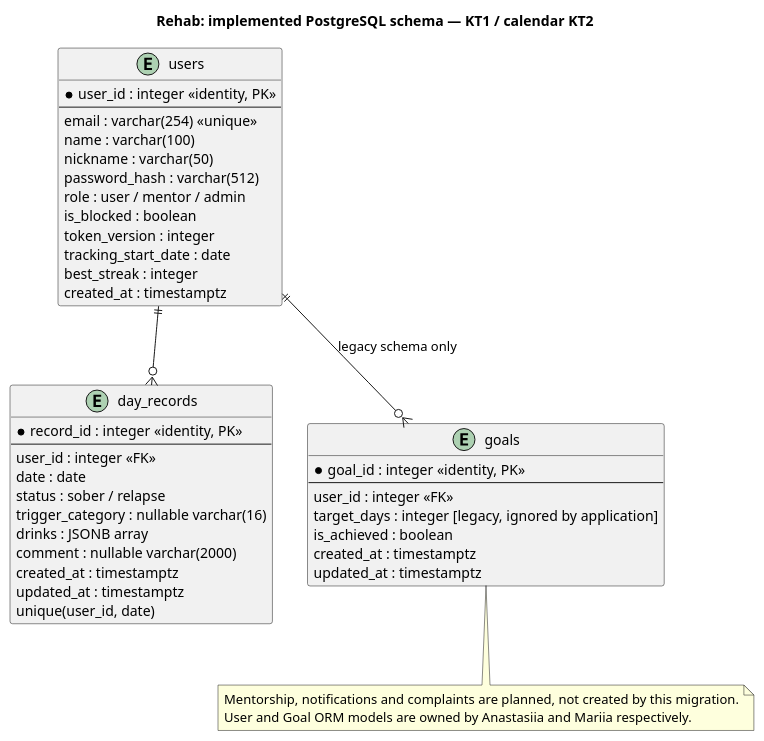
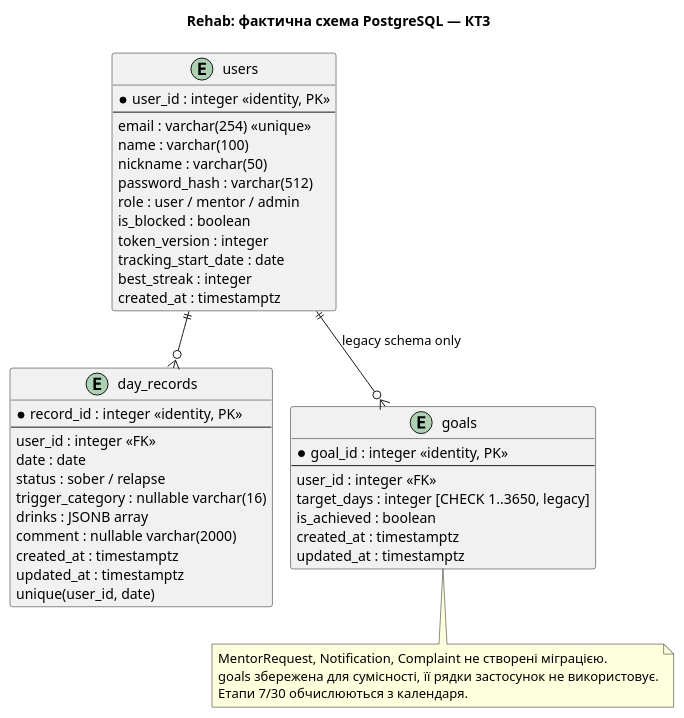
The diagram in docs/architecture/uml/implemented-data-model.puml (ukma-fin-ssdm-2026/Rehab), drawn with PlantUML before and after one commit. The commit also changed 23 other files, not shown here.

```diff
--- a/docs/architecture/uml/implemented-data-model.puml
+++ b/docs/architecture/uml/implemented-data-model.puml
@@ -1,45 +1,47 @@
 @startuml
-title Rehab: implemented PostgreSQL schema — KT1 / calendar KT2
+!pragma layout smetana
+title Rehab: фактична схема PostgreSQL — КТ3
 entity users {
   * user_id : integer <<identity, PK>>
   --
   email : varchar(254) <<unique>>
   name : varchar(100)
   nickname : varchar(50)
   password_hash : varchar(512)
   role : user / mentor / admin
   is_blocked : boolean
   token_version : integer
   tracking_start_date : date
   best_streak : integer
   created_at : timestamptz
 }
 entity day_records {
   * record_id : integer <<identity, PK>>
   --
   user_id : integer <<FK>>
   date : date
   status : sober / relapse
   trigger_category : nullable varchar(16)
   drinks : JSONB array
   comment : nullable varchar(2000)
   created_at : timestamptz
   updated_at : timestamptz
   unique(user_id, date)
 }
 entity goals {
   * goal_id : integer <<identity, PK>>
   --
   user_id : integer <<FK>>
-  target_days : integer [legacy, ignored by application]
+  target_days : integer [CHECK 1..3650, legacy]
   is_achieved : boolean
   created_at : timestamptz
   updated_at : timestamptz
 }
 users ||--o{ day_records
 users ||--o{ goals : legacy schema only
 note bottom
-Mentorship, notifications and complaints are planned, not created by this migration.
-User and Goal ORM models are owned by Anastasiia and Mariia respectively.
+MentorRequest, Notification, Complaint не створені міграцією.
+goals збережена для сумісності, її рядки застосунок не використовує.
+Етапи 7/30 обчислюються з календаря.
 end note
 @enduml
```
